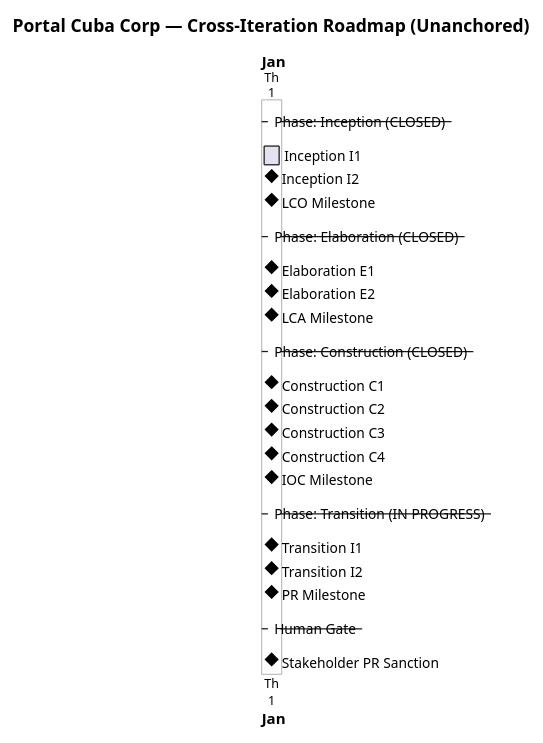
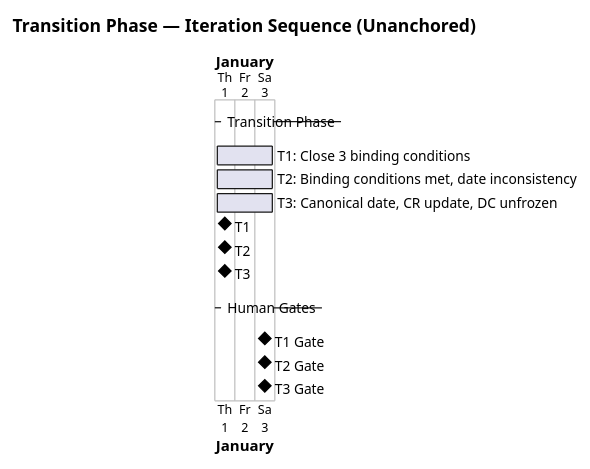
One commit to banense-test/portal-cuba-corp changed the first of 2 diagrams in docs/artifacts/project-management/iteration-plan.md. Above: the diagram before and after it, drawn with PlantUML. The commit also changed other lines of this file, not shown here.

First line of the commit message:
Project Manager [T2]: upsert Iteration Plan

````diff
--- a/docs/artifacts/project-management/iteration-plan.md
+++ b/docs/artifacts/project-management/iteration-plan.md
@@ -35,41 +34,20 @@
 ```plantuml
 @startgantt
-title Portal Cuba Corp — Cross-Iteration Roadmap (Unanchored)
+title Transition Phase — Iteration Sequence (Unanchored)
 
-project starts the 1st of January 2026
--- Phase: Inception (CLOSED) --
-[Inception I1] lasts 1 day
-[Inception I2] lasts 1 day
-[Inception I2] happens at [Inception I1]'s end
-[LCO Milestone] happens at [Inception I2]'s end
+project starts the 1st january 2026
+-- Transition Phase --
+[T1: Close 3 binding conditions] lasts 3 days
+[T2: Binding conditions met, date inconsistency] lasts 3 days
+[T3: Canonical date, CR update, DC unfrozen] lasts 3 days
+[T1] happens at [T1: Close 3 binding conditions]'s start
+[T2] happens at [T2: Binding conditions met, date inconsistency]'s start
+[T3] happens at [T3: Canonical date, CR update, DC unfrozen]'s start
 
--- Phase: Elaboration (CLOSED) --
-[Elaboration E1] lasts 2 days
-[Elaboration E1] happens at [LCO Milestone]'s end
-[Elaboration E2] lasts 2 days
-[Elaboration E2] happens at [Elaboration E1]'s end
-[LCA Milestone] happens at [Elaboration E2]'s end
+-- Human Gates --
+[T1 Gate] happens at [T1: Close 3 binding conditions]'s end
+[T2 Gate] happens at [T2: Binding conditions met, date inconsistency]'s end
+[T3 Gate] happens at [T3: Canonical date, CR update, DC unfrozen]'s end
 
--- Phase: Construction (CLOSED) --
-[Construction C1] lasts 2 days
-[Construction C1] happens at [LCA Milestone]'s end
-[Construction C2] lasts 2 days
-[Construction C2] happens at [Construction C1]'s end
-[Construction C3] lasts 2 days
-[Construction C3] happens at [Construction C2]'s end
-[Construction C4] lasts 2 days
-[Construction C4] happens at [Construction C3]'s end
-[IOC Milestone] happens at [Construction C4]'s end
-
--- Phase: Transition (IN PROGRESS) --
-[Transition I1] lasts 2 days
-[Transition I1] happens at [IOC Milestone]'s end
-[Transition I2] lasts 2 days
-[Transition I2] happens at [Transition I1]'s end
-[PR Milestone] happens at [Transition I2]'s end
-
--- Human Gate --
-[Stakeholder PR Sanction] lasts 1 day
-[Stakeholder PR Sanction] happens at [PR Milestone]'s end
 @endgantt
 ```
````
